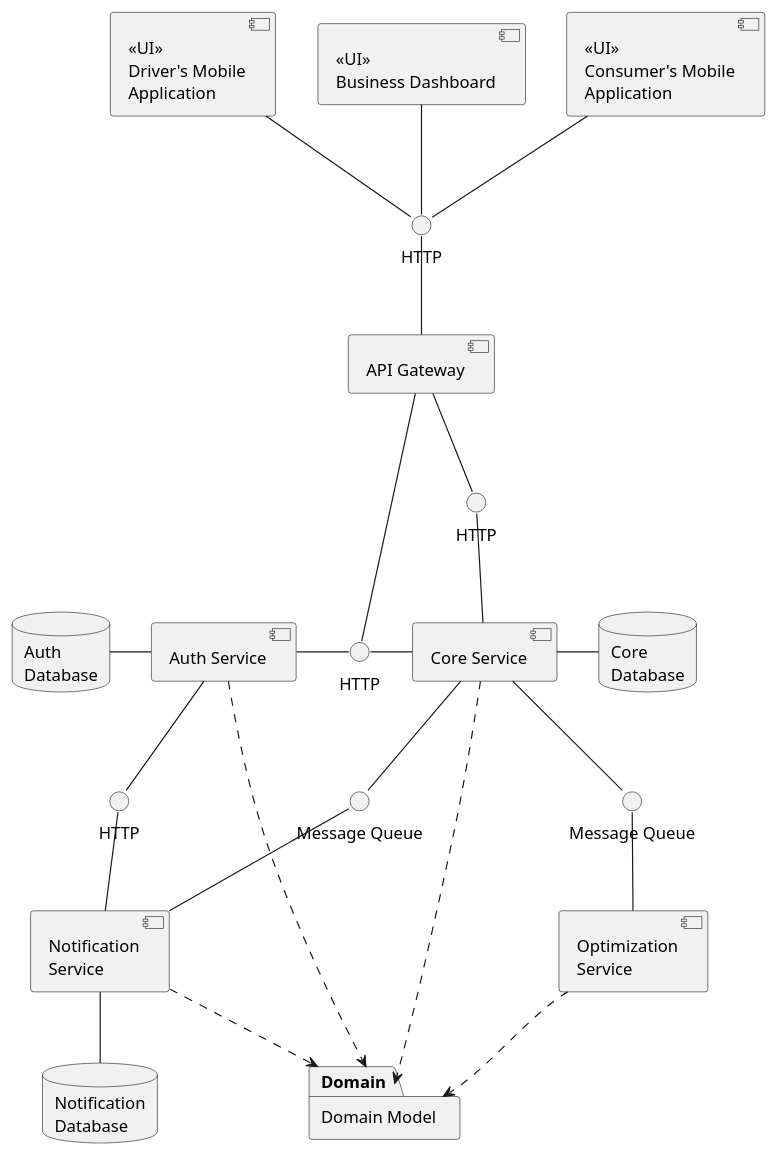
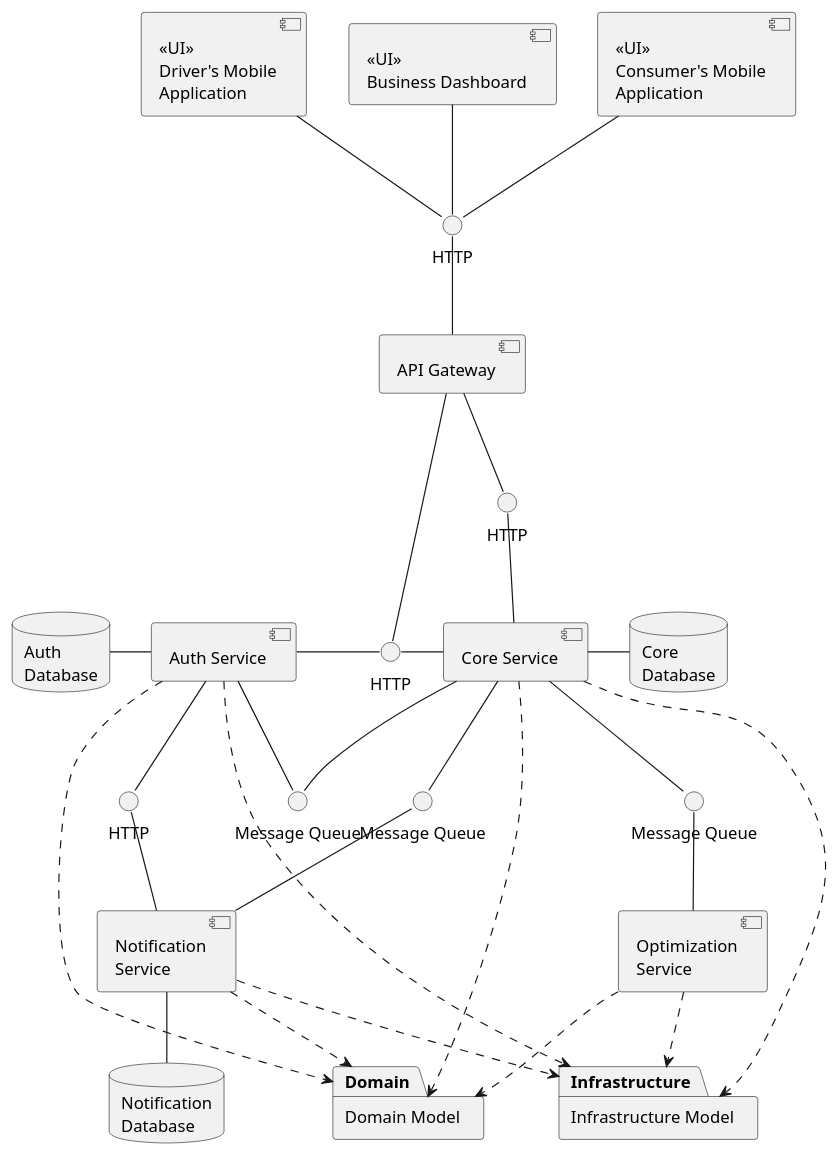
The diagram in documentation/component-diagrams/high-level.puml (EasyDropEt/ed-domain), drawn with PlantUML before and after one commit.

Commit message:
Documentation changes

```diff
--- a/documentation/component-diagrams/high-level.puml
+++ b/documentation/component-diagrams/high-level.puml
@@ -1,67 +1,75 @@
 @startuml
 
 ' Packages
 package "Domain Model" as Domain
+package "Infrastructure Model" as Infrastructure
 
 ' Components
 component "<<UI>>\nDriver's Mobile\nApplication" as D
 component "<<UI>>\nBusiness Dashboard" as Dash
 component "<<UI>>\nConsumer's Mobile\nApplication" as C
 component "API Gateway" as Gateway
 component "Auth Service" as Auth
 component "Core Service" as Core
 component "Notification\nService" as Notification
 component "Optimization\nService" as Optimization
 
 ' Databases
 database "Auth\nDatabase" as AuthDb
 database "Core\nDatabase" as CoreDb
 database "Notification\nDatabase" as NotificationDb
 
 ' Interfaces
 ' Gateway interfaces
 interface "HTTP" as GatewayHttp
 GatewayHttp -- Gateway
 
 ' Core interfaces
 interface "HTTP" as CoreHttp
 CoreHttp -- Core
 
 ' Notification interfaces
 interface "HTTP" as NotificationHttp
 interface "Message Queue" as NotificationMQ
 NotificationHttp -- Notification
 NotificationMQ -- Notification
 
 ' Auth interfaces
 interface "HTTP" as AuthHttp
+interface "Message Queue" as AuthMQ
 AuthHttp -left- Auth
+AuthMQ -left- Auth
 
 ' Optimization interfaces'
 interface "Message Queue" as OptimizationMQ
 OptimizationMQ -- Optimization
 
 ' Relationships
 D -- GatewayHttp
 Dash -- GatewayHttp
 C -- GatewayHttp
 
 Gateway -- AuthHttp
 Gateway -- CoreHttp
 
 Core -- NotificationMQ
 Core -- OptimizationMQ
+Core -- AuthMQ
 Core -left- AuthHttp
 Core -right- CoreDb
 Core ..> Domain
+Core ..> Infrastructure
 
 Auth -- NotificationHttp
 Auth -left- AuthDb
 Auth ..> Domain
+Auth ..> Infrastructure
 
 Notification -- NotificationDb
 Notification ..> Domain
+Notification ..> Infrastructure
 
 Optimization ..> Domain
+Optimization ..> Infrastructure
 
 @enduml
```
